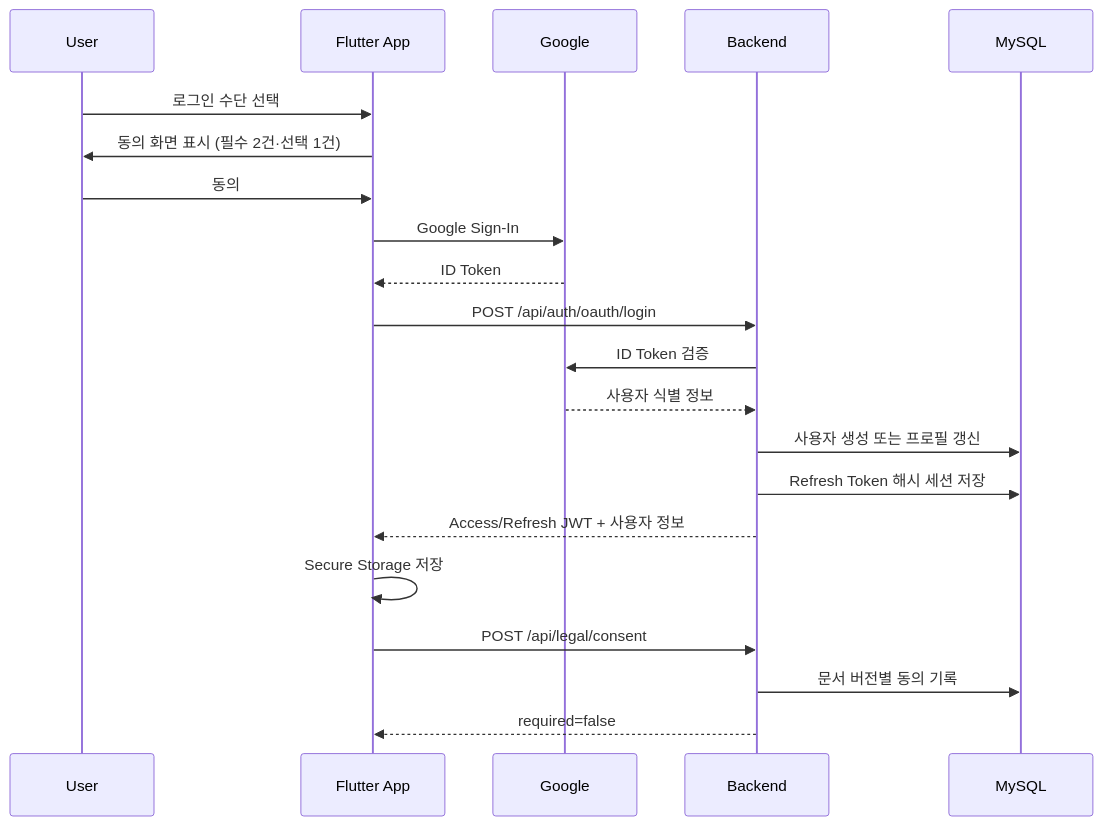
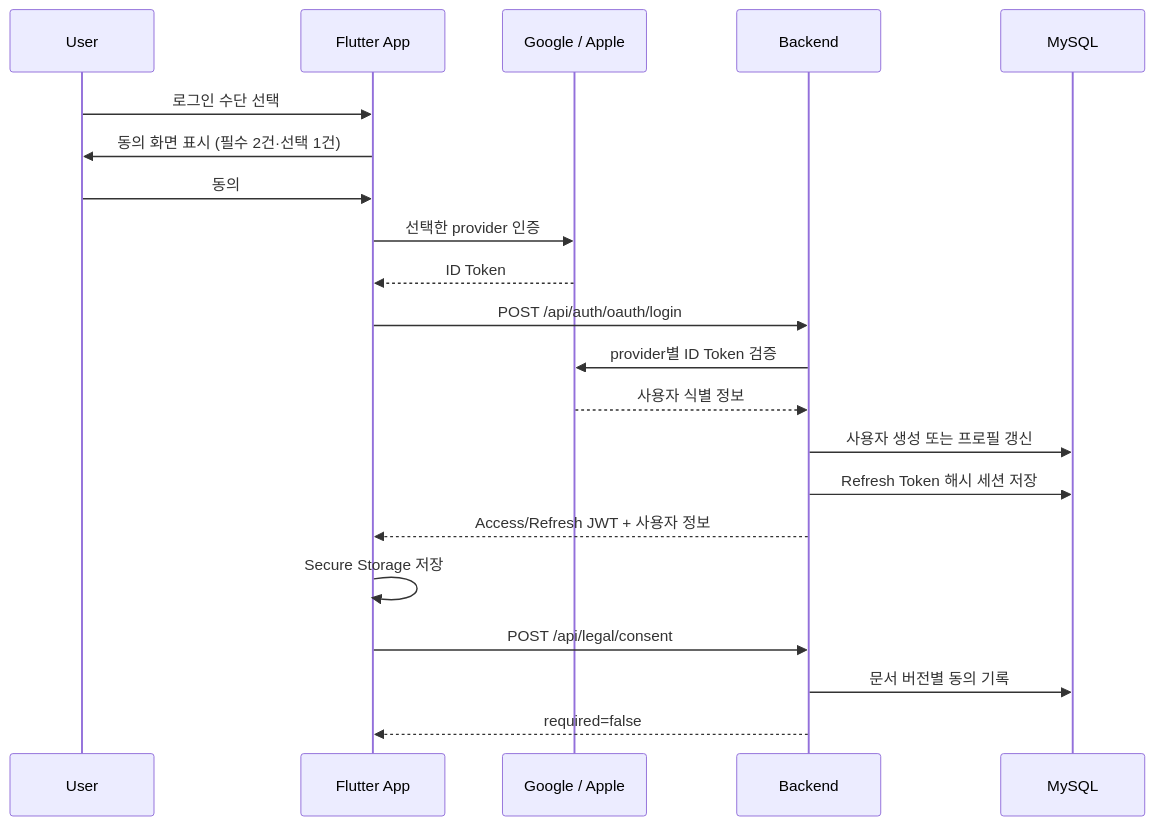
Before and after one commit to byeok99/LingKo: the first of 2 diagrams in docs/architecture/authentication-flow.md, drawn with Mermaid. The commit also changed other lines of this file and 72 other files, not shown here.

Commit message:
feat: implement secure Apple sign-in

````diff
--- a/docs/architecture/authentication-flow.md
+++ b/docs/architecture/authentication-flow.md
@@ -5,24 +5,24 @@
 ```mermaid
 sequenceDiagram
     participant U as User
     participant A as Flutter App
-    participant G as Google
+    participant P as Google / Apple
     participant B as Backend
     participant D as MySQL
 
     U->>A: 로그인 수단 선택
     A->>U: 동의 화면 표시 (필수 2건·선택 1건)
     U->>A: 동의
-    A->>G: Google Sign-In
-    G-->>A: ID Token
+    A->>P: 선택한 provider 인증
+    P-->>A: ID Token
     A->>B: POST /api/auth/oauth/login
-    B->>G: ID Token 검증
-    G-->>B: 사용자 식별 정보
+    B->>P: provider별 ID Token 검증
+    P-->>B: 사용자 식별 정보
     B->>D: 사용자 생성 또는 프로필 갱신
     B->>D: Refresh Token 해시 세션 저장
     B-->>A: Access/Refresh JWT + 사용자 정보
     A->>A: Secure Storage 저장
     A->>B: POST /api/legal/consent
     B->>D: 문서 버전별 동의 기록
     B-->>A: required=false
 ```
````
